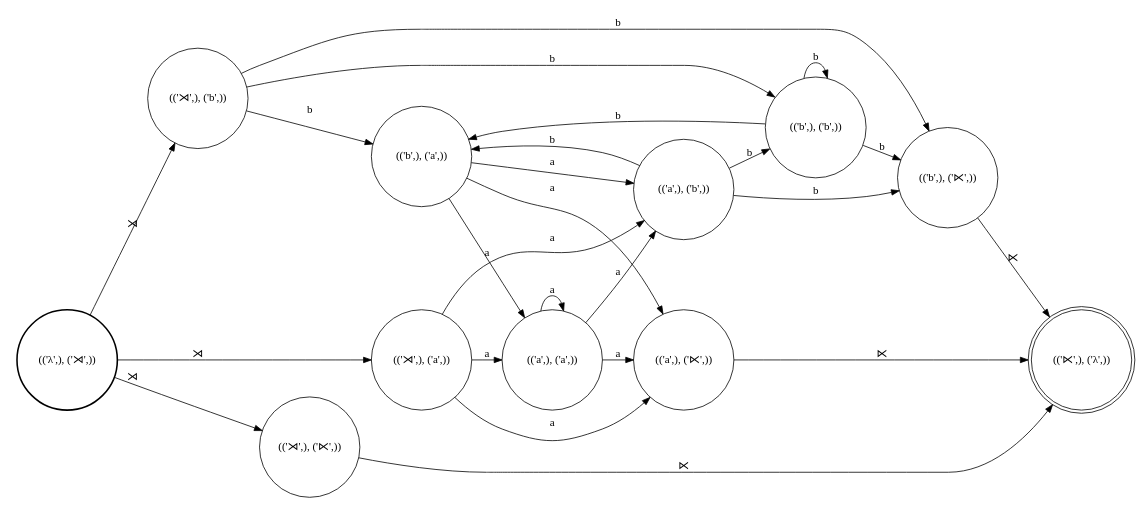
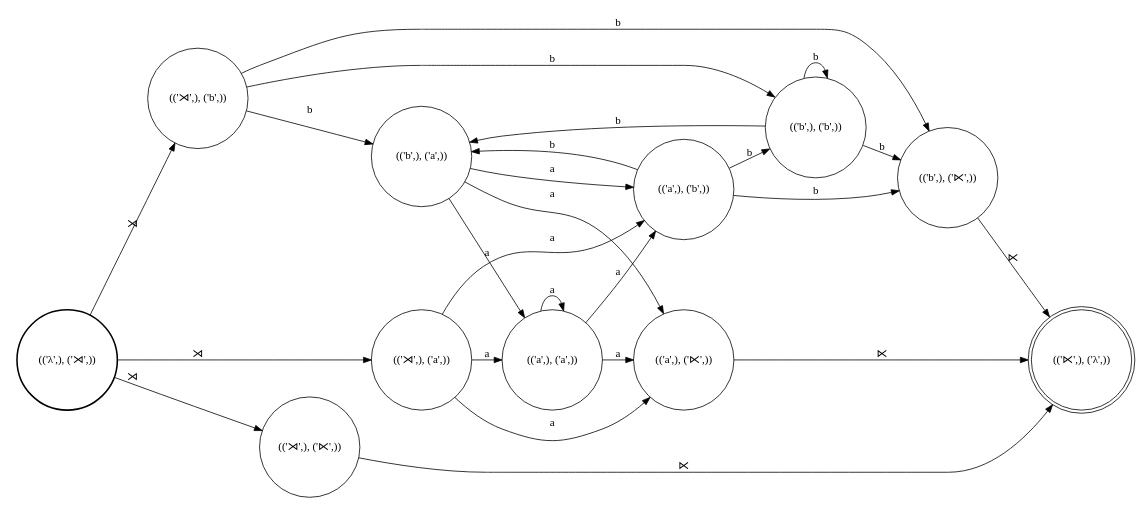
One commit to colincwilson/wynini changed the diagram in demo/LR.dot. Above: the diagram before and after it, drawn with Graphviz. The commit also changed 6 other files, not shown here.

```diff
--- a/demo/LR.dot
+++ b/demo/LR.dot
@@ -1,43 +1,43 @@
 digraph FST {
 rankdir = LR;
 size = "8.5,11";
 center = 1;
 orientation = Portrait;
 ranksep = "0.4";
 nodesep = "0.25";
 0 [label = "(('λ',), ('⋊',))", shape = circle, style = bold, fontsize = 14]
 	0 -> 1 [label = "⋊", fontsize = 14];
 	0 -> 2 [label = "⋊", fontsize = 14];
 	0 -> 3 [label = "⋊", fontsize = 14];
 1 [label = "(('⋊',), ('b',))", shape = circle, style = solid, fontsize = 14]
-	1 -> 4 [label = "b", fontsize = 14];
-	1 -> 5 [label = "b", fontsize = 14];
-	1 -> 6 [label = "b", fontsize = 14];
+	1 -> 7 [label = "b", fontsize = 14];
+	1 -> 8 [label = "b", fontsize = 14];
+	1 -> 9 [label = "b", fontsize = 14];
 2 [label = "(('⋊',), ('a',))", shape = circle, style = solid, fontsize = 14]
-	2 -> 8 [label = "a", fontsize = 14];
-	2 -> 9 [label = "a", fontsize = 14];
-	2 -> 10 [label = "a", fontsize = 14];
+	2 -> 4 [label = "a", fontsize = 14];
+	2 -> 5 [label = "a", fontsize = 14];
+	2 -> 6 [label = "a", fontsize = 14];
 3 [label = "(('⋊',), ('⋉',))", shape = circle, style = solid, fontsize = 14]
-	3 -> 7 [label = "⋉", fontsize = 14];
-4 [label = "(('b',), ('⋉',))", shape = circle, style = solid, fontsize = 14]
-	4 -> 7 [label = "⋉", fontsize = 14];
-5 [label = "(('b',), ('a',))", shape = circle, style = solid, fontsize = 14]
-	5 -> 8 [label = "a", fontsize = 14];
-	5 -> 9 [label = "a", fontsize = 14];
-	5 -> 10 [label = "a", fontsize = 14];
-6 [label = "(('b',), ('b',))", shape = circle, style = solid, fontsize = 14]
-	6 -> 4 [label = "b", fontsize = 14];
-	6 -> 5 [label = "b", fontsize = 14];
-	6 -> 6 [label = "b", fontsize = 14];
-7 [label = "(('⋉',), ('λ',))", shape = doublecircle, style = solid, fontsize = 14]
-8 [label = "(('a',), ('⋉',))", shape = circle, style = solid, fontsize = 14]
-	8 -> 7 [label = "⋉", fontsize = 14];
-9 [label = "(('a',), ('a',))", shape = circle, style = solid, fontsize = 14]
-	9 -> 8 [label = "a", fontsize = 14];
-	9 -> 9 [label = "a", fontsize = 14];
-	9 -> 10 [label = "a", fontsize = 14];
-10 [label = "(('a',), ('b',))", shape = circle, style = solid, fontsize = 14]
-	10 -> 4 [label = "b", fontsize = 14];
-	10 -> 5 [label = "b", fontsize = 14];
-	10 -> 6 [label = "b", fontsize = 14];
+	3 -> 10 [label = "⋉", fontsize = 14];
+4 [label = "(('a',), ('⋉',))", shape = circle, style = solid, fontsize = 14]
+	4 -> 10 [label = "⋉", fontsize = 14];
+5 [label = "(('a',), ('a',))", shape = circle, style = solid, fontsize = 14]
+	5 -> 4 [label = "a", fontsize = 14];
+	5 -> 5 [label = "a", fontsize = 14];
+	5 -> 6 [label = "a", fontsize = 14];
+6 [label = "(('a',), ('b',))", shape = circle, style = solid, fontsize = 14]
+	6 -> 7 [label = "b", fontsize = 14];
+	6 -> 8 [label = "b", fontsize = 14];
+	6 -> 9 [label = "b", fontsize = 14];
+7 [label = "(('b',), ('⋉',))", shape = circle, style = solid, fontsize = 14]
+	7 -> 10 [label = "⋉", fontsize = 14];
+8 [label = "(('b',), ('a',))", shape = circle, style = solid, fontsize = 14]
+	8 -> 4 [label = "a", fontsize = 14];
+	8 -> 5 [label = "a", fontsize = 14];
+	8 -> 6 [label = "a", fontsize = 14];
+9 [label = "(('b',), ('b',))", shape = circle, style = solid, fontsize = 14]
+	9 -> 7 [label = "b", fontsize = 14];
+	9 -> 8 [label = "b", fontsize = 14];
+	9 -> 9 [label = "b", fontsize = 14];
+10 [label = "(('⋉',), ('λ',))", shape = doublecircle, style = solid, fontsize = 14]
 }
```
